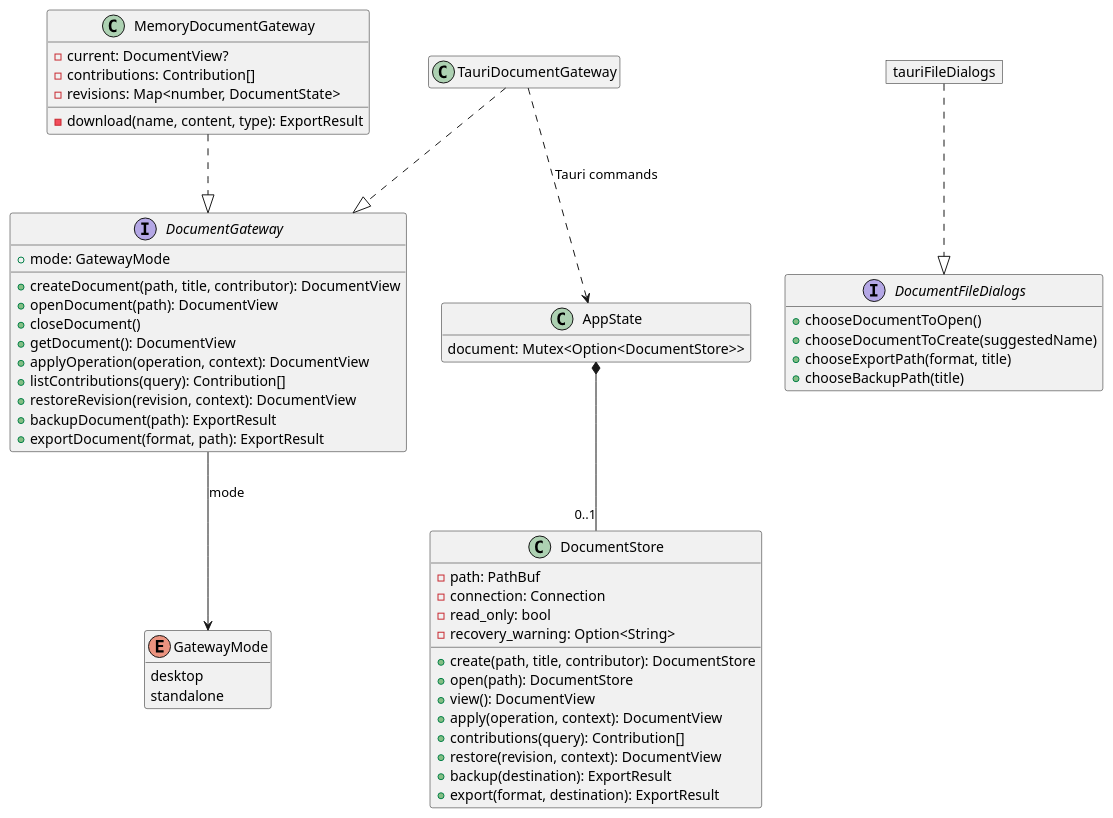
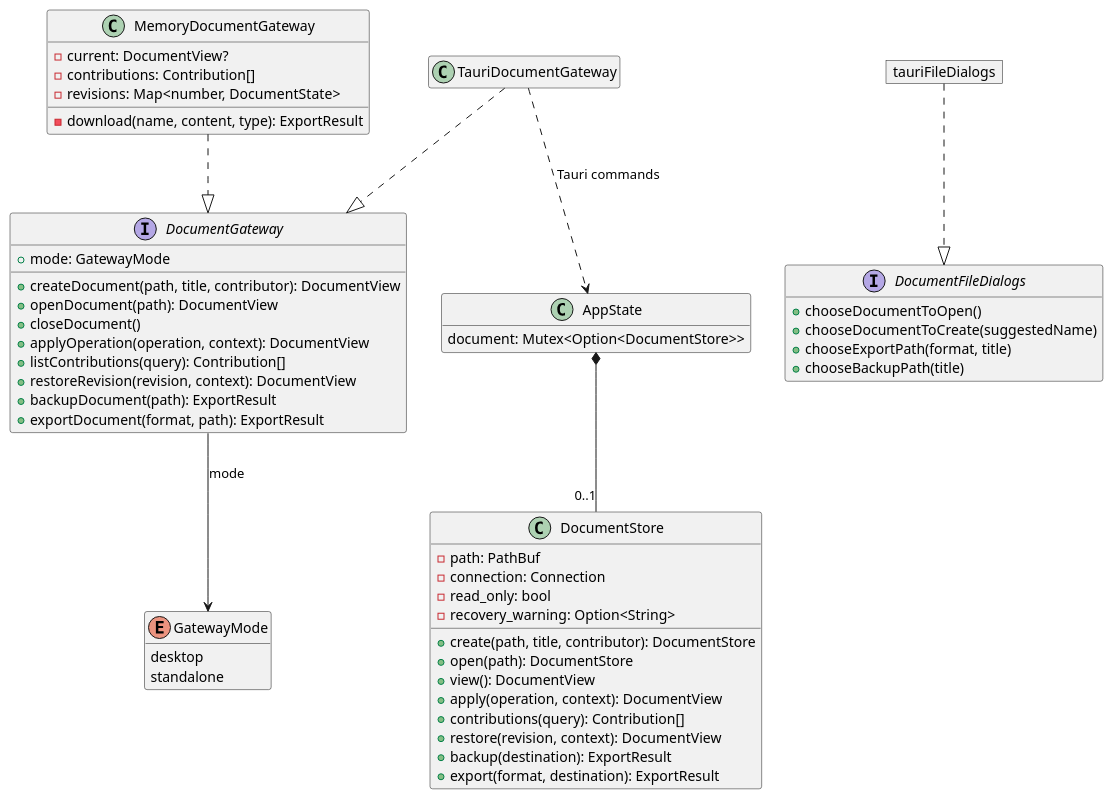
One commit to benoit-gl/coedit changed the second of 6 diagrams in docs/PERSISTENCE_DESIGN.md. Above: the diagram before and after it, drawn with PlantUML. The commit also changed other lines of this file and 18 other files, not shown here.

````diff
--- a/docs/PERSISTENCE_DESIGN.md
+++ b/docs/PERSISTENCE_DESIGN.md
@@ -104,66 +104,65 @@
 ```plantuml
 @startuml
 hide empty members
 
 interface DocumentGateway {
   + mode: GatewayMode
   + createDocument(path, title, contributor): DocumentView
   + openDocument(path): DocumentView
   + closeDocument()
-  + getDocument(): DocumentView
   + applyOperation(operation, context): DocumentView
   + listContributions(query): Contribution[]
   + restoreRevision(revision, context): DocumentView
   + backupDocument(path): ExportResult
   + exportDocument(format, path): ExportResult
 }
 
 interface DocumentFileDialogs {
   + chooseDocumentToOpen()
   + chooseDocumentToCreate(suggestedName)
   + chooseExportPath(format, title)
   + chooseBackupPath(title)
 }
 
 enum GatewayMode {
   desktop
   standalone
 }
 
 class MemoryDocumentGateway {
   - current: DocumentView?
   - contributions: Contribution[]
   - revisions: Map<number, DocumentState>
   - download(name, content, type): ExportResult
 }
 
 class TauriDocumentGateway
 object "tauriFileDialogs" as TauriFileDialogs
 
 class AppState {
   document: Mutex<Option<DocumentStore>>
 }
 
 class DocumentStore {
   - path: PathBuf
   - connection: Connection
   - read_only: bool
   - recovery_warning: Option<String>
   + create(path, title, contributor): DocumentStore
   + open(path): DocumentStore
   + view(): DocumentView
   + apply(operation, context): DocumentView
   + contributions(query): Contribution[]
   + restore(revision, context): DocumentView
   + backup(destination): ExportResult
   + export(format, destination): ExportResult
 }
 
 MemoryDocumentGateway ..|> DocumentGateway
 TauriDocumentGateway ..|> DocumentGateway
 TauriFileDialogs ..|> DocumentFileDialogs
 DocumentGateway --> GatewayMode : mode
 TauriDocumentGateway ..> AppState : Tauri commands
 AppState *-- "0..1" DocumentStore
 @enduml
 ```
````
